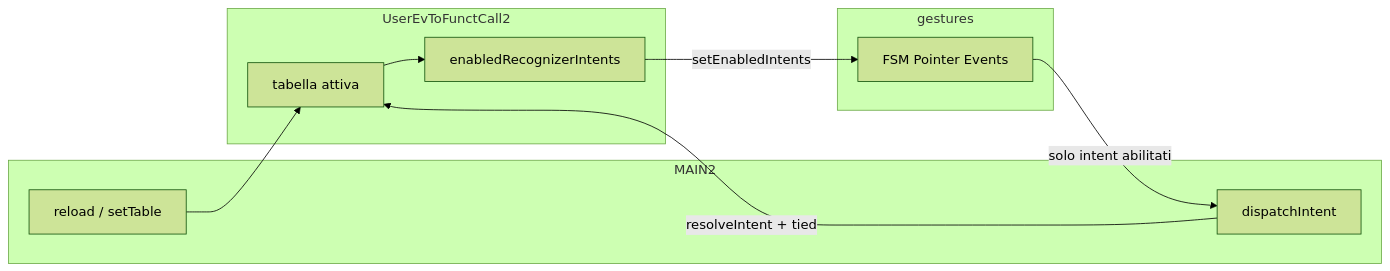
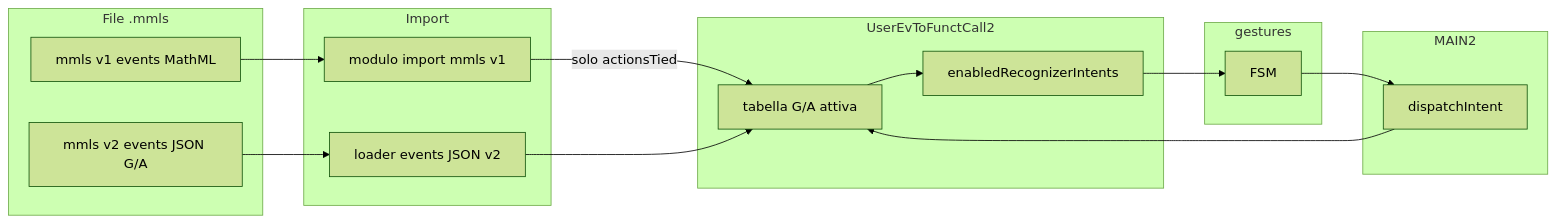
One commit to RomualdoGrillo/Aabacus changed the diagram in project/specs/gesture-action-table.md. Above: the diagram before and after it, drawn with Mermaid (forest theme). The commit also changed other lines of this file and 3 other files, not shown here.

First line of the commit message:
docs(specs): tabella G/A, mmls v1→tied e mmls v2 JSON events

````diff
--- a/project/specs/gesture-action-table.md
+++ b/project/specs/gesture-action-table.md
@@ -86,19 +122,29 @@
 ```mermaid
 flowchart LR
+  subgraph file [File .mmls]
+    V1[mmls v1 events MathML]
+    V2[mmls v2 events JSON G/A]
+  end
+  subgraph import [Import]
+    Imp1[modulo import mmls v1]
+    Load2[loader events JSON v2]
+  end
   subgraph custode [UserEvToFunctCall2]
-    T[tabella attiva]
+    GA[tabella G/A attiva]
     E[enabledRecognizerIntents]
   end
   subgraph boot [MAIN2]
-    R[reload / setTable]
     D[dispatchIntent]
   end
   subgraph rec [gestures]
-    FSM[FSM Pointer Events]
+    FSM[FSM]
   end
-  R --> T
-  T --> E
-  E -->|"setEnabledIntents"| FSM
-  FSM -->|"solo intent abilitati"| D
-  D -->|"resolveIntent + tied"| T
+  V1 --> Imp1
+  Imp1 -->|"solo actionsTied"| GA
+  V2 --> Load2
+  Load2 --> GA
+  GA --> E
+  E --> FSM
+  FSM --> D
+  D --> GA
 ```
````
